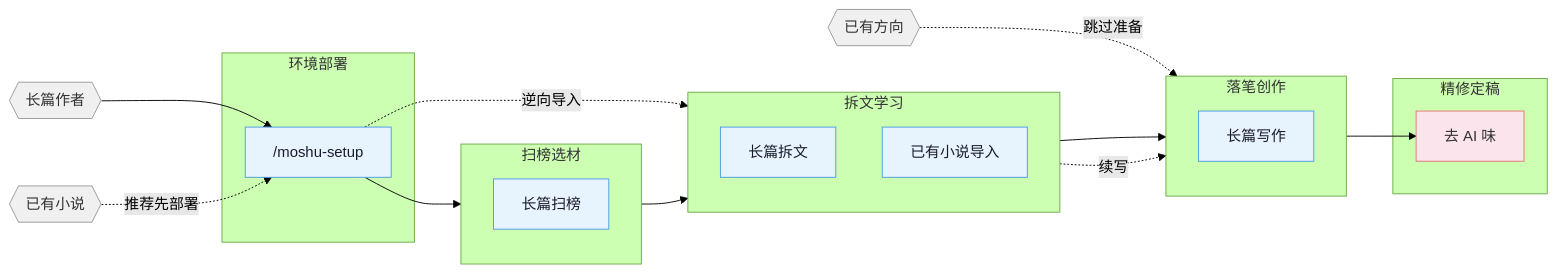
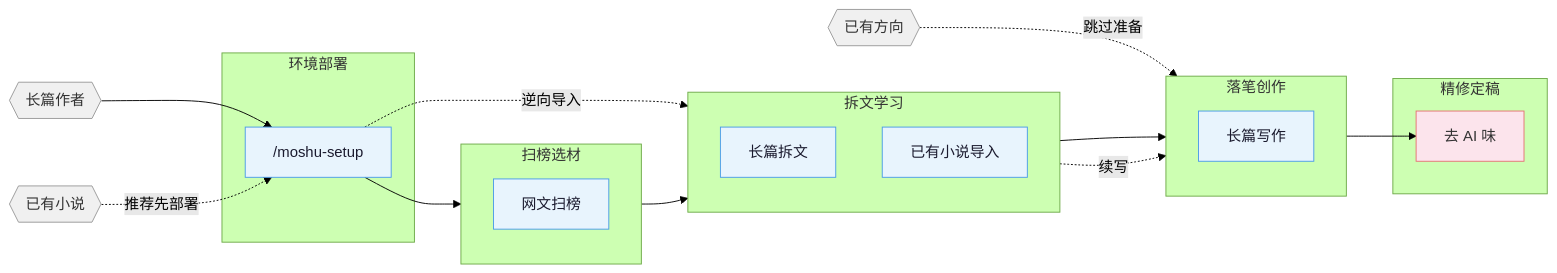
One commit to Chained1001/mo-shu changed the diagram in README.md. Above: the diagram before and after it, drawn with Mermaid (forest theme). The commit also changed other lines of this file and 7 other files, not shown here.

Commit message:
refactor: scan 触发词收缩（v4 模式）——触发词 4→2（/moshu-scan、「网文扫榜」，模糊词归 moshu 路由表）；去「长篇」冗余修饰（SKILL.md/analysis-guide 模板/README 双语/路由表，保留流水线分类与产品边界声明）；CLAUDE.md.tmpl 路由表同步 + 指纹 --re-register-fingerprint 合法重登记

````diff
--- a/README.md
+++ b/README.md
@@ -23,44 +23,44 @@
 ```mermaid
 flowchart LR
     classDef entry fill:#f0f0f0,color:#333,stroke:#999,stroke-width:1px
     classDef phase fill:#e8f4fd,color:#1a1a2e,stroke:#4a9be8,stroke-width:1px
     classDef final fill:#fce4ec,color:#333,stroke:#e57373,stroke-width:1px
 
     entry_l{{"长篇作者"}}:::entry
     entry_r{{"已有方向"}}:::entry
     entry_i{{"已有小说"}}:::entry
 
     subgraph S0 ["  环境部署"]
         setup["/moshu-setup"]:::phase
     end
 
     subgraph S1 ["  扫榜选材"]
         direction TB
-        scan_l["长篇扫榜"]:::phase
+        scan_l["网文扫榜"]:::phase
     end
 
     subgraph S2 ["  拆文学习"]
         direction TB
         analyze_l["长篇拆文"]:::phase
         import_l["已有小说导入"]:::phase
     end
 
     subgraph S3 ["  落笔创作"]
         direction TB
         write_l["长篇写作"]:::phase
     end
 
     subgraph S4 ["  精修定稿"]
         deslop["去 AI 味"]:::final
     end
 
     entry_l --> setup
     setup --> scan_l
     scan_l --> analyze_l
     analyze_l --> write_l
     entry_r -.->|跳过准备| write_l
     entry_i -.->|推荐先部署| setup
     setup -.->|逆向导入| import_l
     import_l -.->|续写| write_l
     write_l --> deslop
 ```
````
